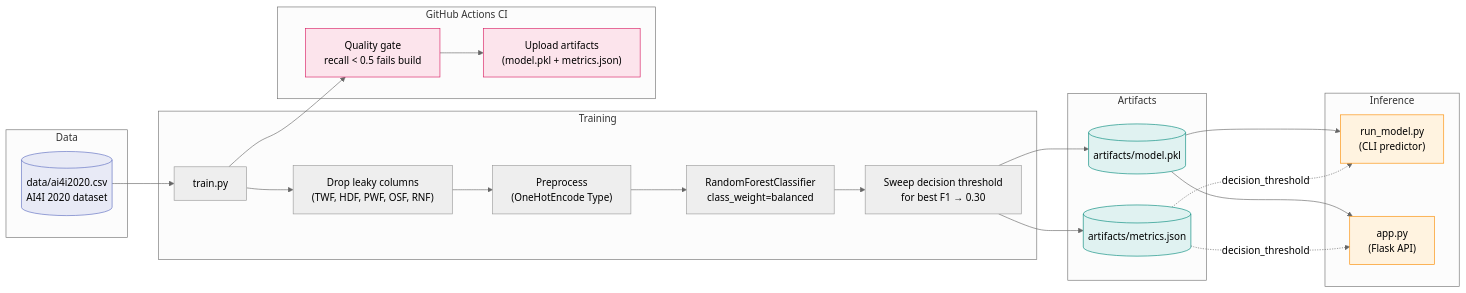
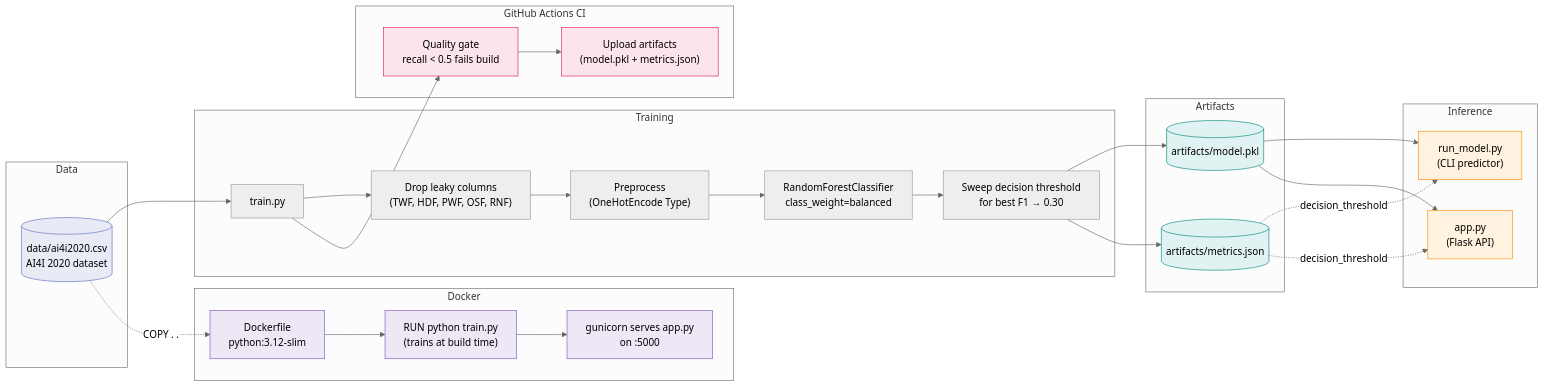
The diagram in README.md (im-sathiyan-baskaran/predictive-maintenance-mlops), drawn with Mermaid (neutral theme) before and after one commit. The commit also changed other lines of this file and 2 other files, not shown here.

Commit message:
feat: add Dockerfile and readme file

````diff
--- a/README.md
+++ b/README.md
@@ -14,46 +14,56 @@
 ```mermaid
 flowchart LR
     subgraph Data
         A[("data/ai4i2020.csv\nAI4I 2020 dataset")]
     end
 
     subgraph Training
         B["train.py"]
         B1["Drop leaky columns\n(TWF, HDF, PWF, OSF, RNF)"]
         B2["Preprocess\n(OneHotEncode Type)"]
         B3["RandomForestClassifier\nclass_weight=balanced"]
         B4["Sweep decision threshold\nfor best F1 → 0.30"]
     end
 
     subgraph Artifacts
         C1[("artifacts/model.pkl")]
         C2[("artifacts/metrics.json")]
     end
 
     subgraph Inference
         D1["run_model.py\n(CLI predictor)"]
         D2["app.py\n(Flask API)"]
     end
 
+    subgraph Container["Docker"]
+        E1["Dockerfile\npython:3.12-slim"]
+        E2["RUN python train.py\n(trains at build time)"]
+        E3["gunicorn serves app.py\non :5000"]
+    end
+
     subgraph CI["GitHub Actions CI"]
         F["Quality gate\nrecall < 0.5 fails build"]
         G["Upload artifacts\n(model.pkl + metrics.json)"]
     end
 
     A --> B --> B1 --> B2 --> B3 --> B4
     B4 --> C1
     B4 --> C2
     C1 --> D1
     C1 --> D2
     C2 -. "decision_threshold" .-> D1
     C2 -. "decision_threshold" .-> D2
     B --> F --> G
+    A -. "COPY . ." .-> E1 --> E2 --> E3
 
     style A fill:#e8eaf6,stroke:#5c6bc0
     style C1 fill:#e0f2f1,stroke:#00897b
     style C2 fill:#e0f2f1,stroke:#00897b
     style D1 fill:#fff3e0,stroke:#fb8c00
     style D2 fill:#fff3e0,stroke:#fb8c00
+    style E1 fill:#ede7f6,stroke:#7e57c2
+    style E2 fill:#ede7f6,stroke:#7e57c2
+    style E3 fill:#ede7f6,stroke:#7e57c2
     style F fill:#fce4ec,stroke:#d81b60
     style G fill:#fce4ec,stroke:#d81b60
 ```
````
